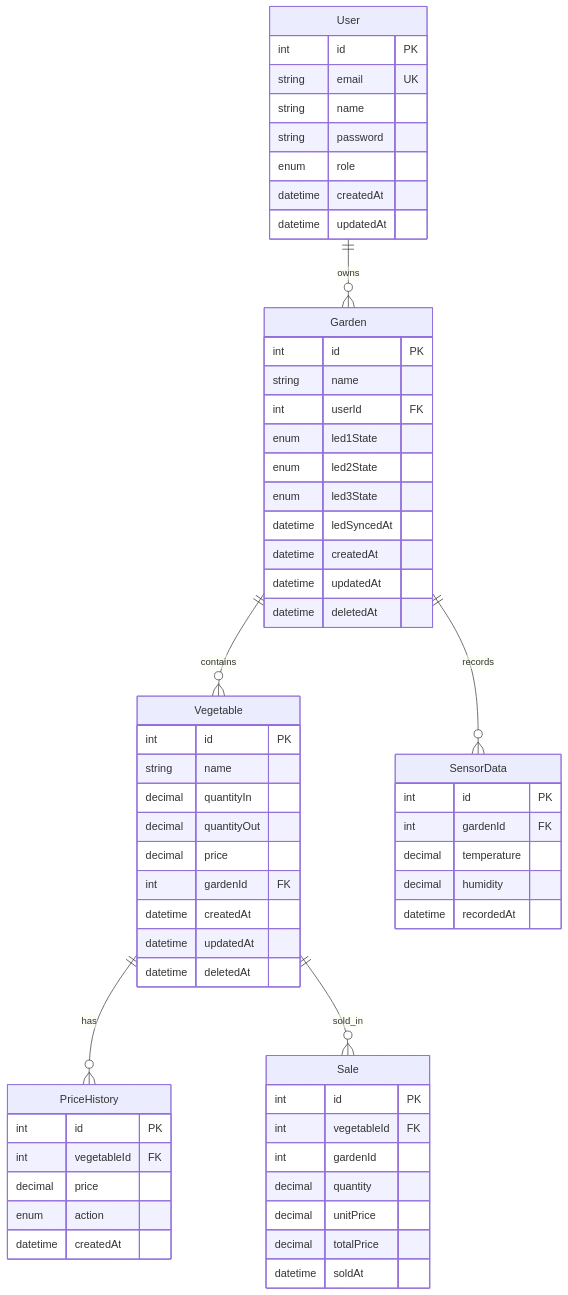
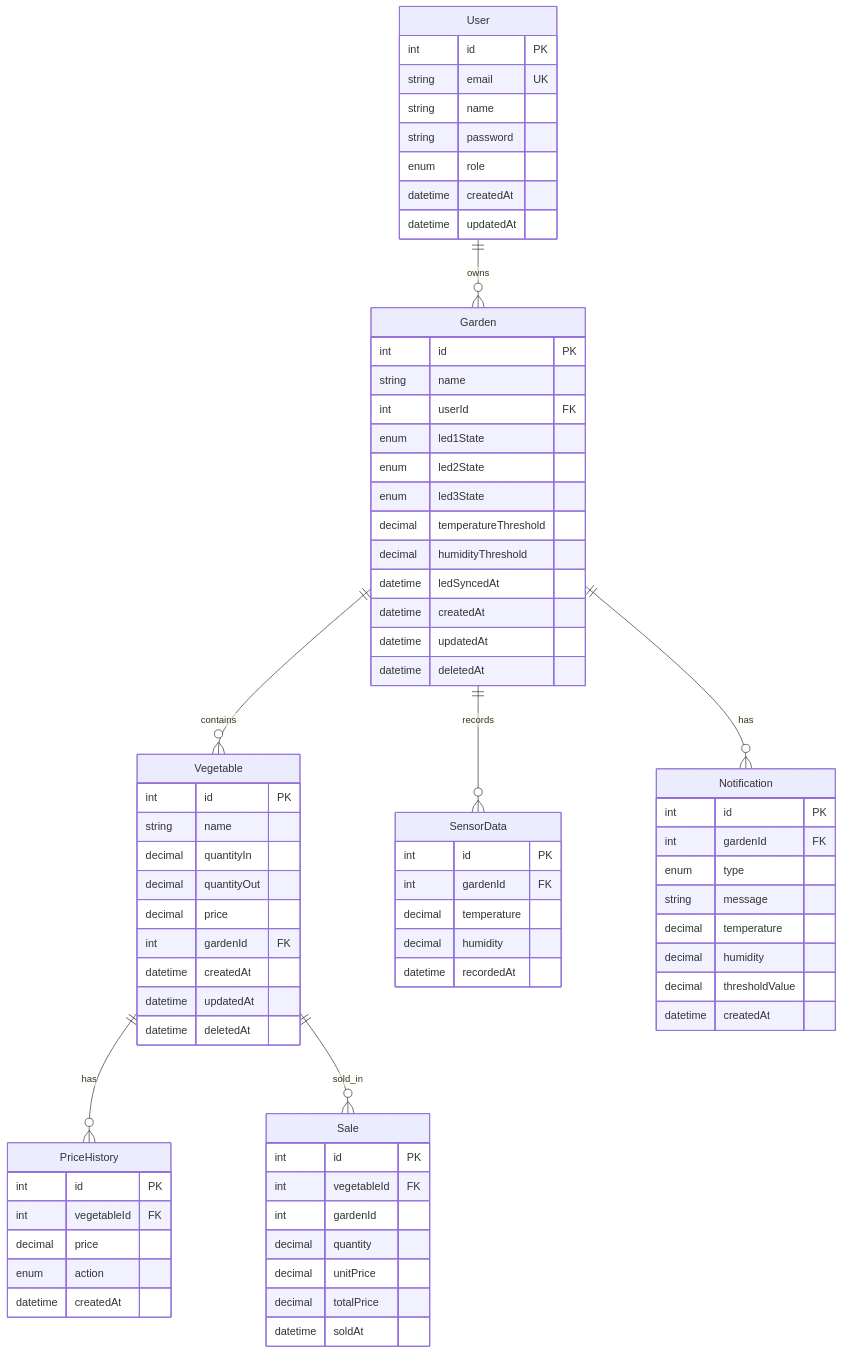
One commit to deadnah2/IOTgarden_SongNam changed the diagram in README.md. Above: the diagram before and after it, drawn with Mermaid. The commit also changed other lines of this file and 16 other files, not shown here.

````diff
--- a/README.md
+++ b/README.md
@@ -120,6 +122,7 @@
     User ||--o{ Garden : owns
     Garden ||--o{ Vegetable : contains
     Garden ||--o{ SensorData : records
+    Garden ||--o{ Notification : has
     Vegetable ||--o{ PriceHistory : has
     Vegetable ||--o{ Sale : sold_in
 
@@ -140,6 +143,8 @@
         enum led1State
         enum led2State
         enum led3State
+        decimal temperatureThreshold
+        decimal humidityThreshold
         datetime ledSyncedAt
         datetime createdAt
         datetime updatedAt
@@ -183,4 +188,15 @@
         decimal humidity
         datetime recordedAt
     }
+
+    Notification {
+        int id PK
+        int gardenId FK
+        enum type
+        string message
+        decimal temperature
+        decimal humidity
+        decimal thresholdValue
+        datetime createdAt
+    }
 ```
````
